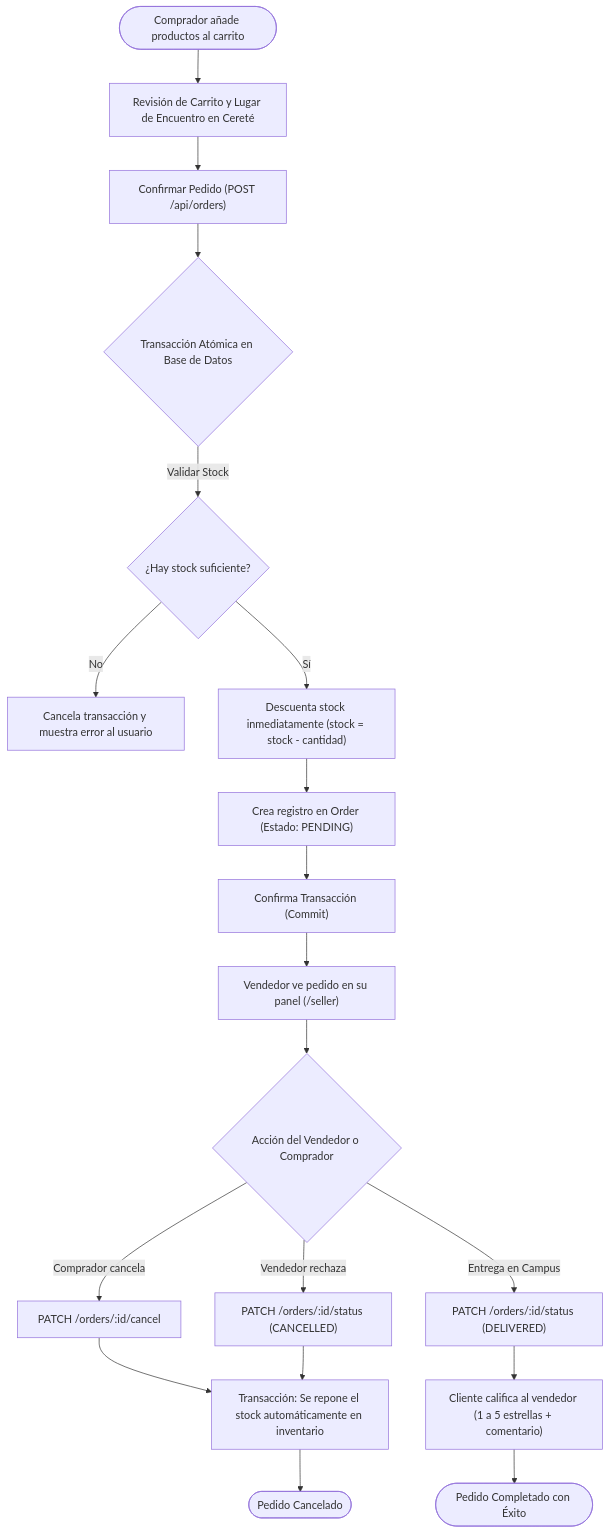
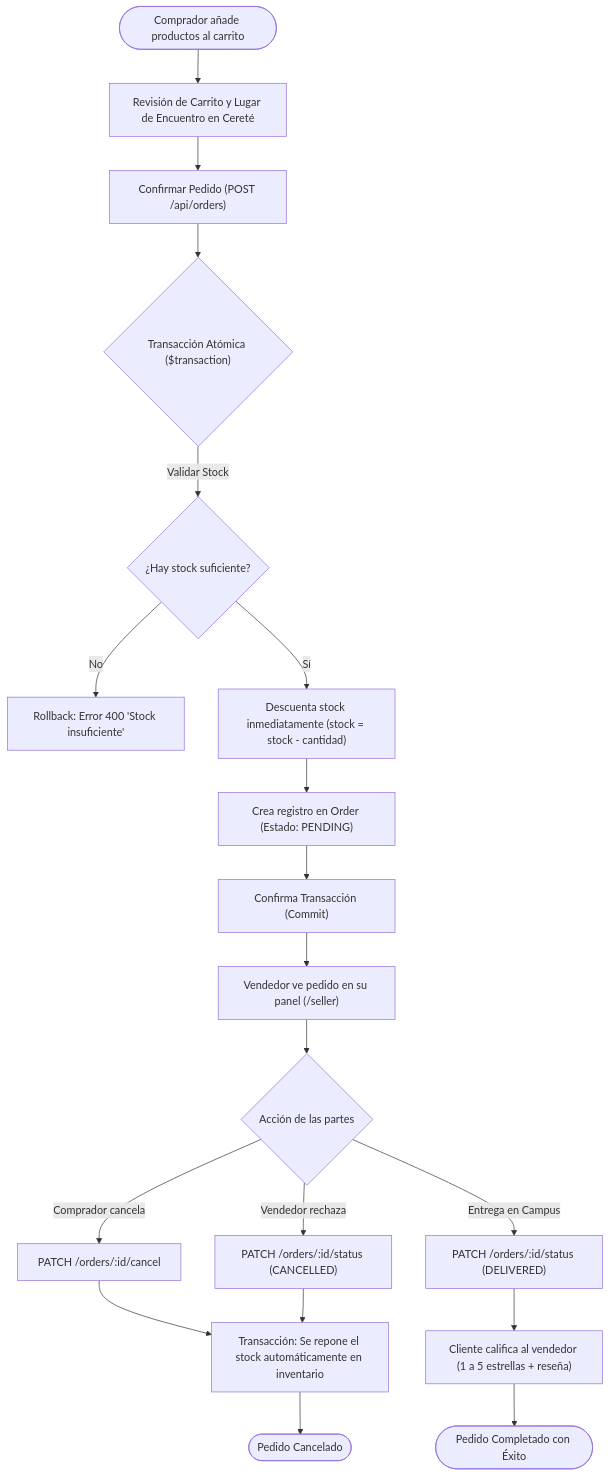
Before and after one commit to Richard-zip/ecomerce-backend: the fifth of 7 diagrams in README.md, drawn with Mermaid. The commit also changed other lines of this file, not shown here.

````diff
--- a/README.md
+++ b/README.md
@@ -284,27 +359,27 @@
 ```mermaid
 flowchart TD
     Start(["Comprador añade productos al carrito"]) --> ReviewCart["Revisión de Carrito y Lugar de Encuentro en Cereté"]
     ReviewCart --> SubmitOrder["Confirmar Pedido (POST /api/orders)"]
     
-    SubmitOrder --> TxBegin{"Transacción Atómica en Base de Datos"}
+    SubmitOrder --> TxBegin{"Transacción Atómica ($transaction)"}
     TxBegin -->|Validar Stock| CheckStock{"¿Hay stock suficiente?"}
     
-    CheckStock -->|No| Rollback["Cancela transacción y muestra error al usuario"]
+    CheckStock -->|No| Rollback["Rollback: Error 400 'Stock insuficiente'"]
     CheckStock -->|Sí| DeductStock["Descuenta stock inmediatamente (stock = stock - cantidad)"]
     DeductStock --> CreateOrder["Crea registro en Order (Estado: PENDING)"]
     CreateOrder --> TxCommit["Confirma Transacción (Commit)"]
     
     TxCommit --> SellerNotice["Vendedor ve pedido en su panel (/seller)"]
     
-    SellerNotice --> Decision{"Acción del Vendedor o Comprador"}
+    SellerNotice --> Decision{"Acción de las partes"}
     Decision -->|Comprador cancela| CancelOrder["PATCH /orders/:id/cancel"]
     Decision -->|Vendedor rechaza| RejectOrder["PATCH /orders/:id/status (CANCELLED)"]
     Decision -->|Entrega en Campus| DeliverOrder["PATCH /orders/:id/status (DELIVERED)"]
     
     CancelOrder --> Restock["Transacción: Se repone el stock automáticamente en inventario"]
     RejectOrder --> Restock
     Restock --> EndCancelled(["Pedido Cancelado"])
     
-    DeliverOrder --> ReviewPrompt["Cliente califica al vendedor (1 a 5 estrellas + comentario)"]
+    DeliverOrder --> ReviewPrompt["Cliente califica al vendedor (1 a 5 estrellas + reseña)"]
     ReviewPrompt --> EndDelivered(["Pedido Completado con Éxito"])
 ```
````
